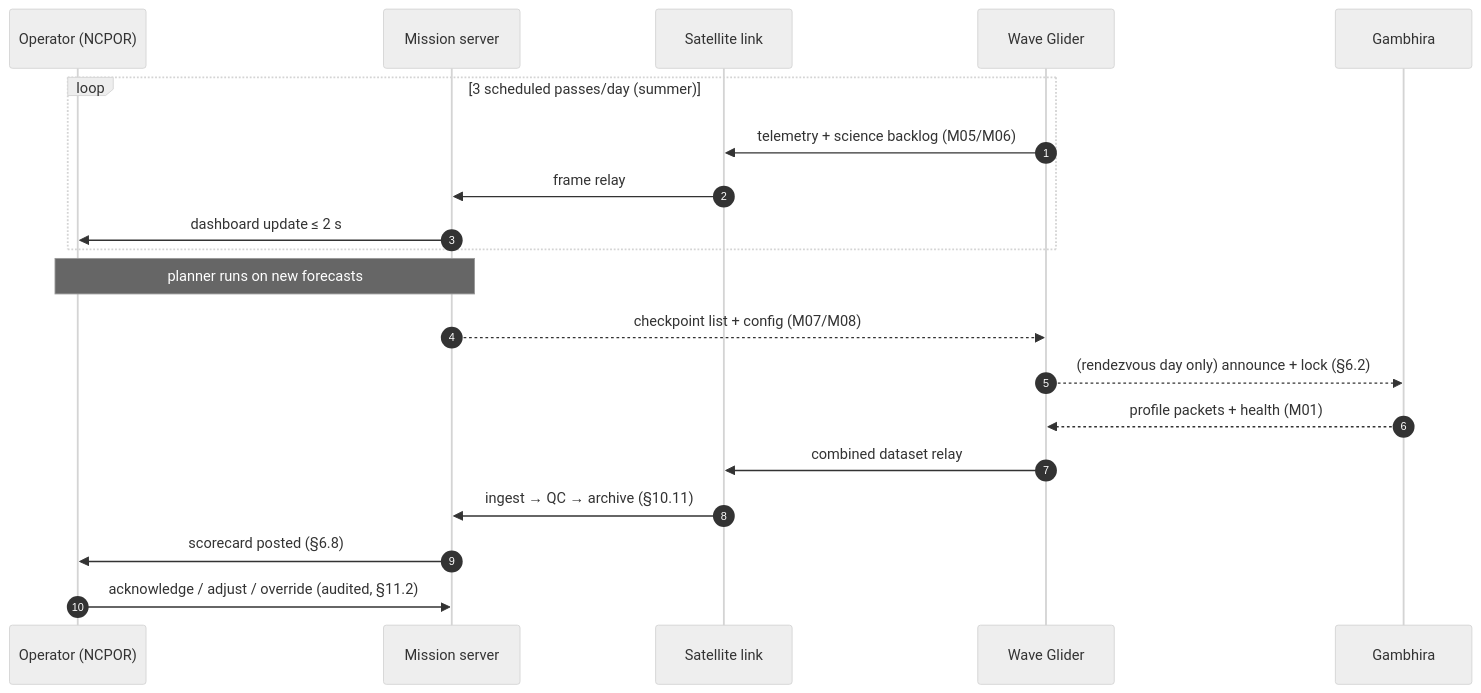
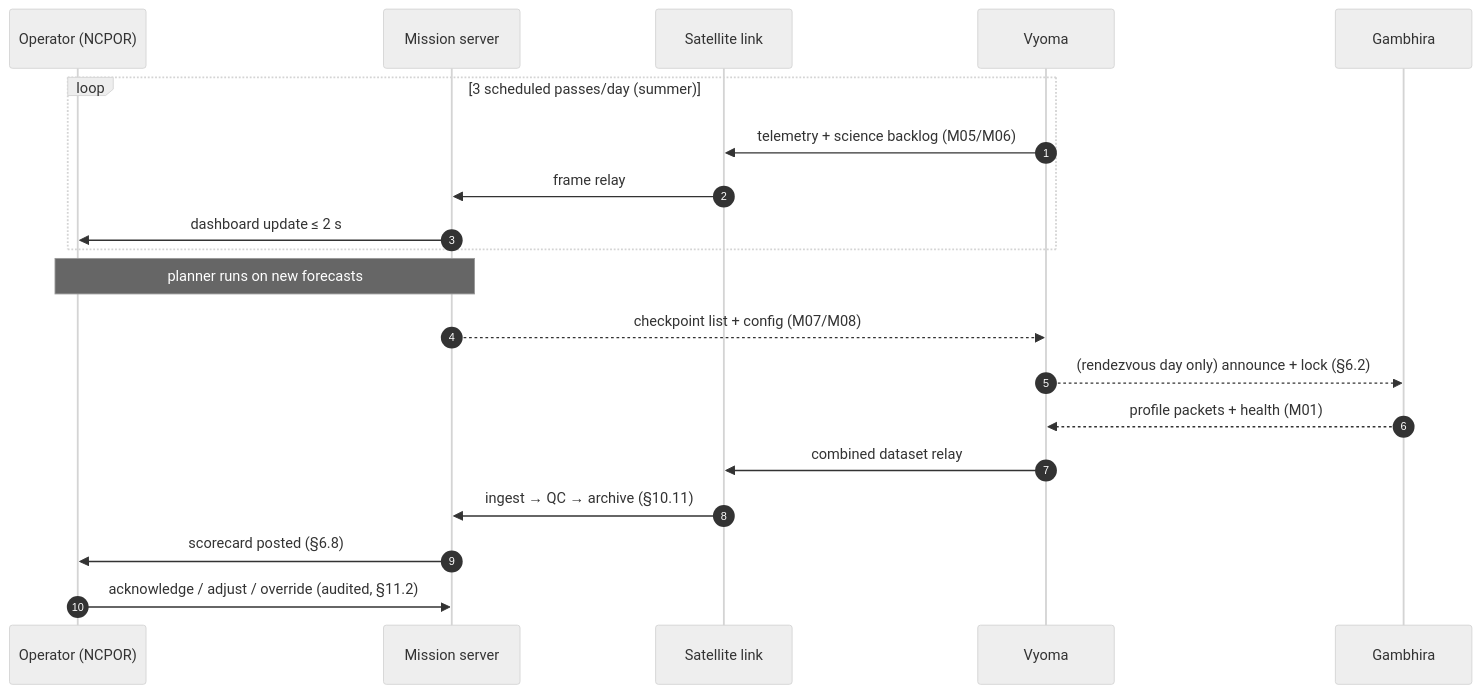
Before and after one commit to DAnuraag/Dhakshin: diagram 28 of 34 in README.md, drawn with Mermaid (neutral theme). The commit also changed other lines of this file, not shown here.

````diff
--- a/README.md
+++ b/README.md
@@ -3827,23 +3827,23 @@
 ```mermaid
 sequenceDiagram
     autonumber
     participant OPS as Operator (NCPOR)
     participant SRV as Mission server
     participant SAT as Satellite link
-    participant WG as Wave Glider
+    participant WG as Vyoma
     participant FL as Gambhira
 
     loop 3 scheduled passes/day (summer)
         WG->>SAT: telemetry + science backlog (M05/M06)
         SAT->>SRV: frame relay
         SRV->>OPS: dashboard update ≤ 2 s
     end
     Note over OPS,SRV: planner runs on new forecasts
     SRV-->>WG: checkpoint list + config (M07/M08)
     WG-->>FL: (rendezvous day only) announce + lock (§6.2)
     FL-->>WG: profile packets + health (M01)
     WG->>SAT: combined dataset relay
     SAT->>SRV: ingest → QC → archive (§10.11)
     SRV->>OPS: scorecard posted (§6.8)
     OPS->>SRV: acknowledge / adjust / override (audited, §11.2)
 ```
````
